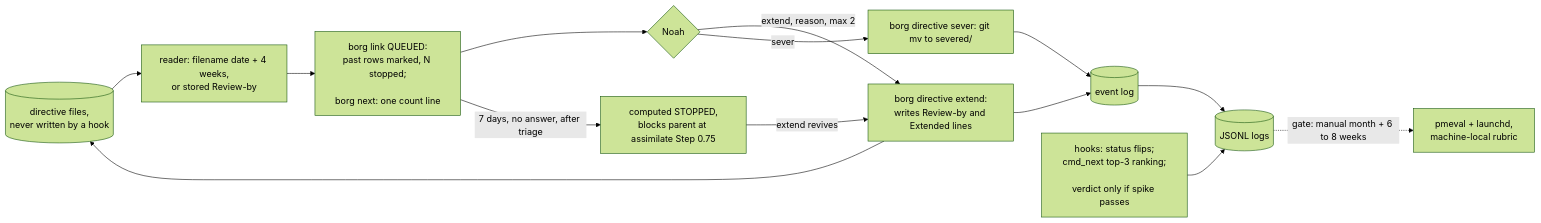
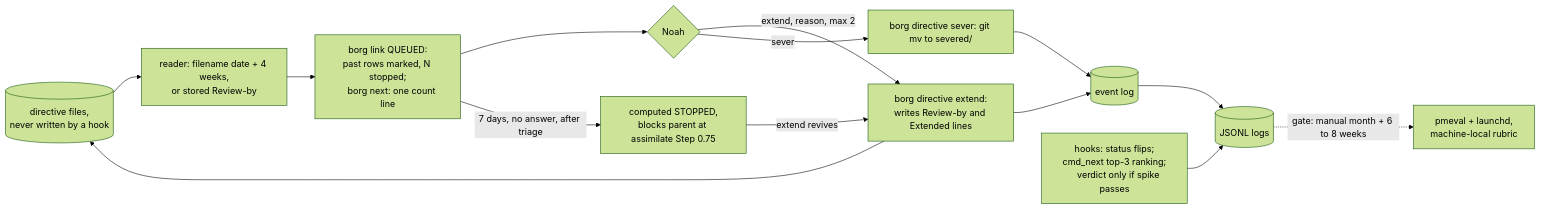
Before and after one commit to noah-goodrich/borg-collective: the sixth of 6 diagrams in docs/research/2026-10-04-pm-capabilities-build-adopt-outsource/recommendation.md, drawn with Mermaid (forest theme). The commit also changed other lines of this file and 2 other files, not shown here.

````diff
--- a/docs/research/2026-10-04-pm-capabilities-build-adopt-outsource/recommendation.md
+++ b/docs/research/2026-10-04-pm-capabilities-build-adopt-outsource/recommendation.md
@@ -389,26 +398,26 @@
 ```mermaid
 flowchart LR
     DF[("directive files,<br/>never written by a hook")]
     RD["reader: filename date + 4 weeks,<br/>or stored Review-by"]
     DF --> RD
     S["borg link QUEUED:<br/>past rows marked, N stopped;
-    <br/>borg next: one count line"]
+    borg next: one count line"]
     RD --> S
     S --> HU{Noah}
     X["borg directive extend:<br/>writes Review-by and Extended lines"]
     HU -->|extend, reason, max 2| X
     HU -->|sever| SV[borg directive sever: git mv to severed/]
     X --> DF
     ST["computed STOPPED,<br/>blocks parent at assimilate Step 0.75"]
     S -->|7 days, no answer, after triage| ST
     ST -->|extend revives| X
     X --> EV[(event log)]
     SV --> EV
     H["hooks: status flips;<br/>cmd_next top-3 ranking;
-    <br/>verdict only if spike passes"]
+    verdict only if spike passes"]
     L[("JSONL logs")]
     H --> L
     EV --> L
     P["pmeval + launchd,<br/>machine-local rubric"]
     L -. gate: manual month + 6 to 8 weeks .-> P
 ```
````
